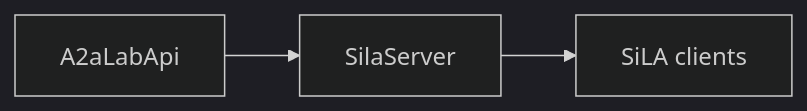
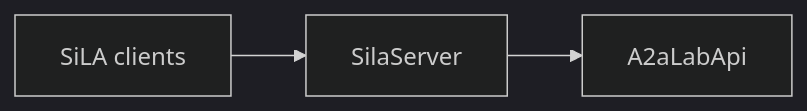
One commit to A3Analytics/a2a-lab-dev-kit-rs changed the diagram in backlog/docs/reference/sila-2/doc-8 - SiLA-2.md. Above: the diagram before and after it, drawn with Mermaid (dark theme). The commit also changed other lines of this file and 14 other files, not shown here.

````diff
--- a/backlog/docs/reference/sila-2/doc-8 - SiLA-2.md
+++ b/backlog/docs/reference/sila-2/doc-8 - SiLA-2.md
@@ -17,7 +17,7 @@
 ```mermaid
 flowchart LR
-  accTitle: SiLA 2 serves the lab primitives
-  accDescr: A2aLabApi feeds SilaServer. SilaServer serves SiLA clients the log, metric, and task operations.
-  lab["A2aLabApi"] --> sila["SilaServer"]
-  sila --> clients["SiLA clients"]
+  accTitle: SiLA 2 interface
+  accDescr: SiLA clients call SilaServer. SilaServer calls A2aLabApi.
+  clients["SiLA clients"] --> sila["SilaServer"]
+  sila --> api["A2aLabApi"]
 ```
````
